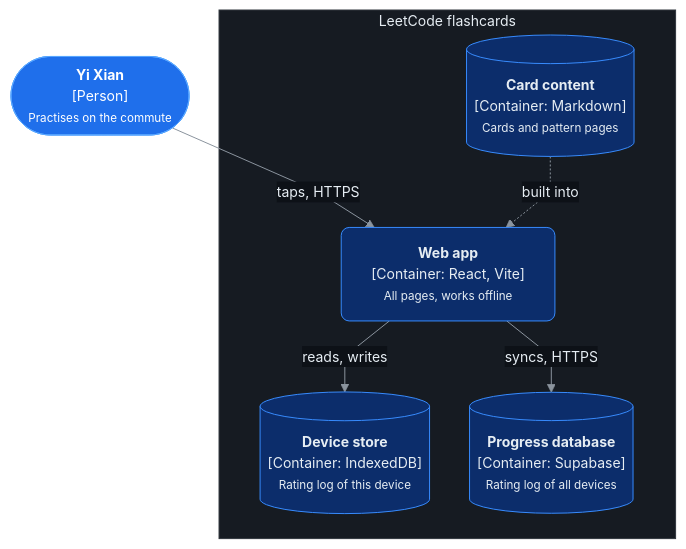
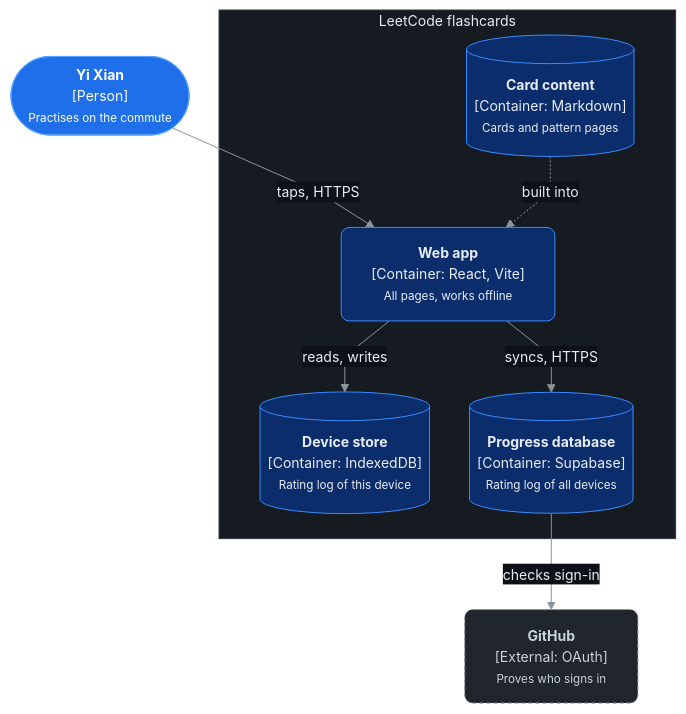
The second of 3 diagrams in docs/architecture/README.md (lyeyixian/leetcode-flashcards), drawn with Mermaid before and after one commit. The commit also changed other lines of this file and 3 other files, not shown here.

First line of the commit message:
docs(adr): record GitHub sign-in through Supabase Auth

````diff
--- a/docs/architecture/README.md
+++ b/docs/architecture/README.md
@@ -43,24 +46,27 @@
 ```mermaid
 %%{init: {"theme":"base","themeVariables":{"fontFamily":"system-ui, sans-serif","fontSize":"14px","lineColor":"#8b949e","clusterBkg":"#161b22","clusterBorder":"#30363d","edgeLabelBackground":"#0d1117","primaryTextColor":"#e6edf3","titleColor":"#e6edf3"},"flowchart":{"curve":"linear","nodeSpacing":40,"rankSpacing":50}}}%%
 flowchart TB
     user(["<b>Yi Xian</b><br/>[Person]<br/><small>Practises on the commute</small>"]):::person
 
     subgraph system["LeetCode flashcards"]
         content[("<b>Card content</b><br/>[Container: Markdown]<br/><small>Cards and pattern pages</small>")]:::store
         app["<b>Web app</b><br/>[Container: React, Vite]<br/><small>All pages, works offline</small>"]:::container
         local[("<b>Device store</b><br/>[Container: IndexedDB]<br/><small>Rating log of this device</small>")]:::store
         db[("<b>Progress database</b><br/>[Container: Supabase]<br/><small>Rating log of all devices</small>")]:::store
     end
 
+    github["<b>GitHub</b><br/>[External: OAuth]<br/><small>Proves who signs in</small>"]:::external
+
     user -- "taps, HTTPS" --> app
     content -. "built into" .-> app
     app -- "reads, writes" --> local
     app -- "syncs, HTTPS" --> db
+    db -- "checks sign-in" --> github
 
     classDef person fill:#1f6feb,stroke:#58a6ff,color:#ffffff,rx:8,ry:8
     classDef system fill:#1f6feb,stroke:#58a6ff,color:#ffffff,rx:8,ry:8
     classDef container fill:#0c2d6b,stroke:#388bfd,color:#e6edf3,rx:8,ry:8
     classDef component fill:#0c2d6b,stroke:#388bfd,color:#e6edf3,rx:8,ry:8
     classDef store fill:#0c2d6b,stroke:#388bfd,color:#e6edf3
     classDef external fill:#21262d,stroke:#8b949e,color:#c9d1d9,stroke-dasharray:4 3,rx:8,ry:8
 ```
````
